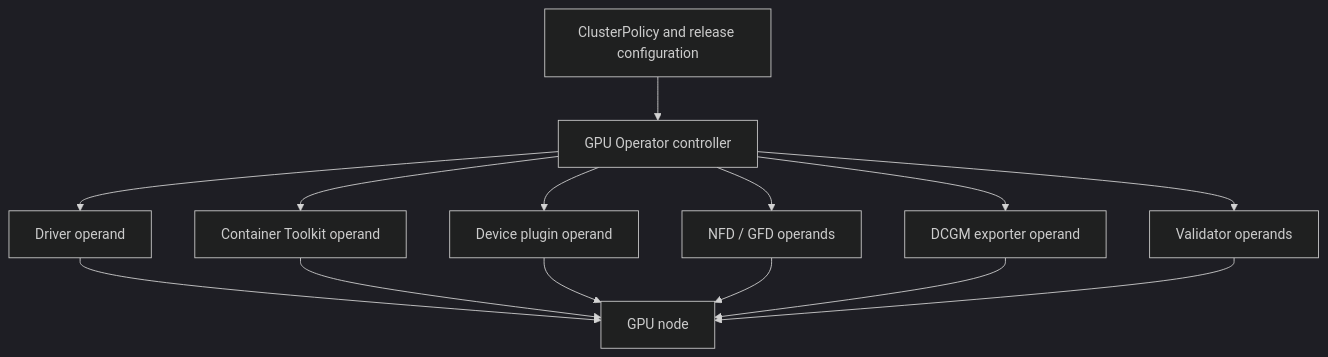
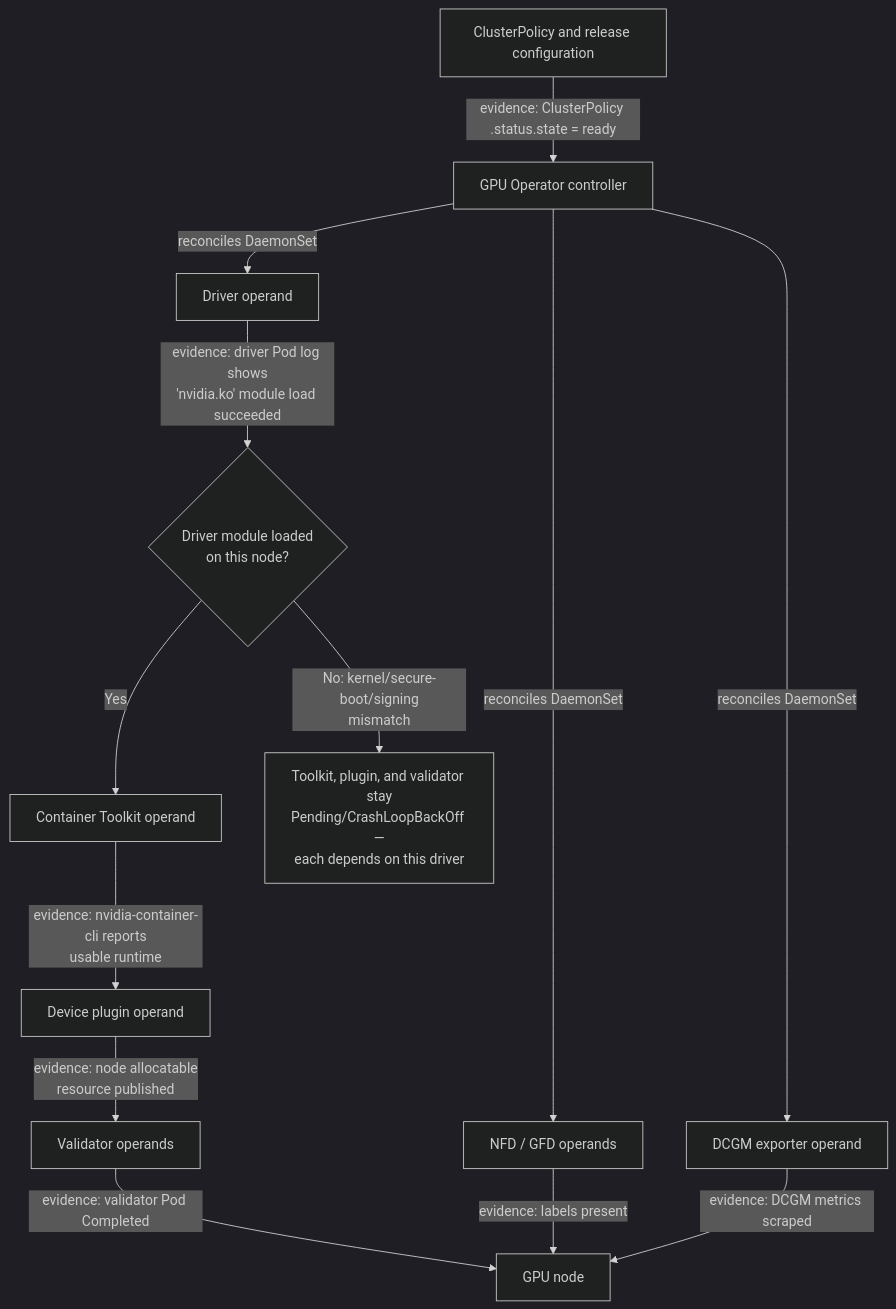
Before and after one commit to jithinpnjm/nvidia-devops: the diagram in docs/nvidia-zero-to-hero/volume-10/chapter-06-gpu-operator-architecture.md, drawn with Mermaid (dark theme). The commit also changed other lines of this file and 10 other files, not shown here.

````diff
--- a/docs/nvidia-zero-to-hero/volume-10/chapter-06-gpu-operator-architecture.md
+++ b/docs/nvidia-zero-to-hero/volume-10/chapter-06-gpu-operator-architecture.md
@@ -25,25 +25,26 @@
 ```mermaid
 flowchart TD
     Policy[ClusterPolicy and release configuration]
     Controller[GPU Operator controller]
     Driver[Driver operand]
+    DriverOK{"Driver module loaded<br/>on this node?"}
     Toolkit[Container Toolkit operand]
     Plugin[Device plugin operand]
     Discovery[NFD / GFD operands]
     Metrics[DCGM exporter operand]
     Validation[Validator operands]
     Node[GPU node]
-    Policy --> Controller
-    Controller --> Driver
-    Controller --> Toolkit
-    Controller --> Plugin
-    Controller --> Discovery
-    Controller --> Metrics
-    Controller --> Validation
-    Driver --> Node
-    Toolkit --> Node
-    Plugin --> Node
-    Discovery --> Node
-    Metrics --> Node
-    Validation --> Node
+    Blocked["Toolkit, plugin, and validator stay<br/>Pending/CrashLoopBackOff —<br/>each depends on this driver"]
+    Policy -->|"evidence: ClusterPolicy .status.state = ready"| Controller
+    Controller -->|"reconciles DaemonSet"| Driver
+    Driver -->|"evidence: driver Pod log shows<br/>'nvidia.ko' module load succeeded"| DriverOK
+    DriverOK -->|"Yes"| Toolkit
+    DriverOK -->|"No: kernel/secure-boot/signing<br/>mismatch"| Blocked
+    Controller -->|"reconciles DaemonSet"| Discovery
+    Controller -->|"reconciles DaemonSet"| Metrics
+    Toolkit -->|"evidence: nvidia-container-cli reports<br/>usable runtime"| Plugin
+    Plugin -->|"evidence: node allocatable<br/>resource published"| Validation
+    Discovery -->|"evidence: labels present"| Node
+    Metrics -->|"evidence: DCGM metrics scraped"| Node
+    Validation -->|"evidence: validator Pod Completed"| Node
 ```
````
